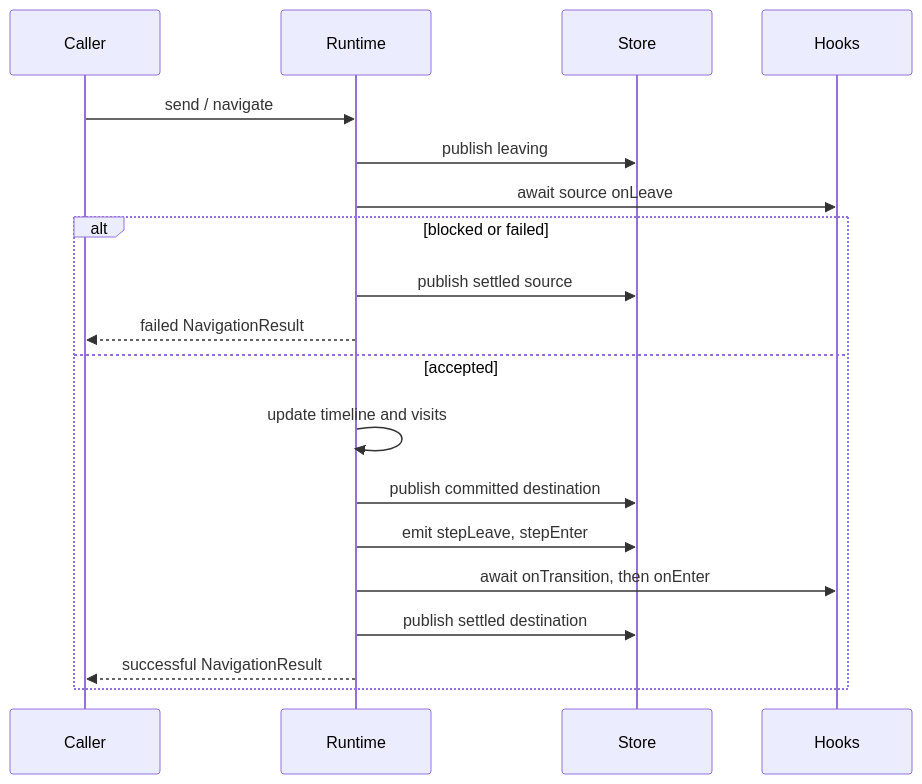
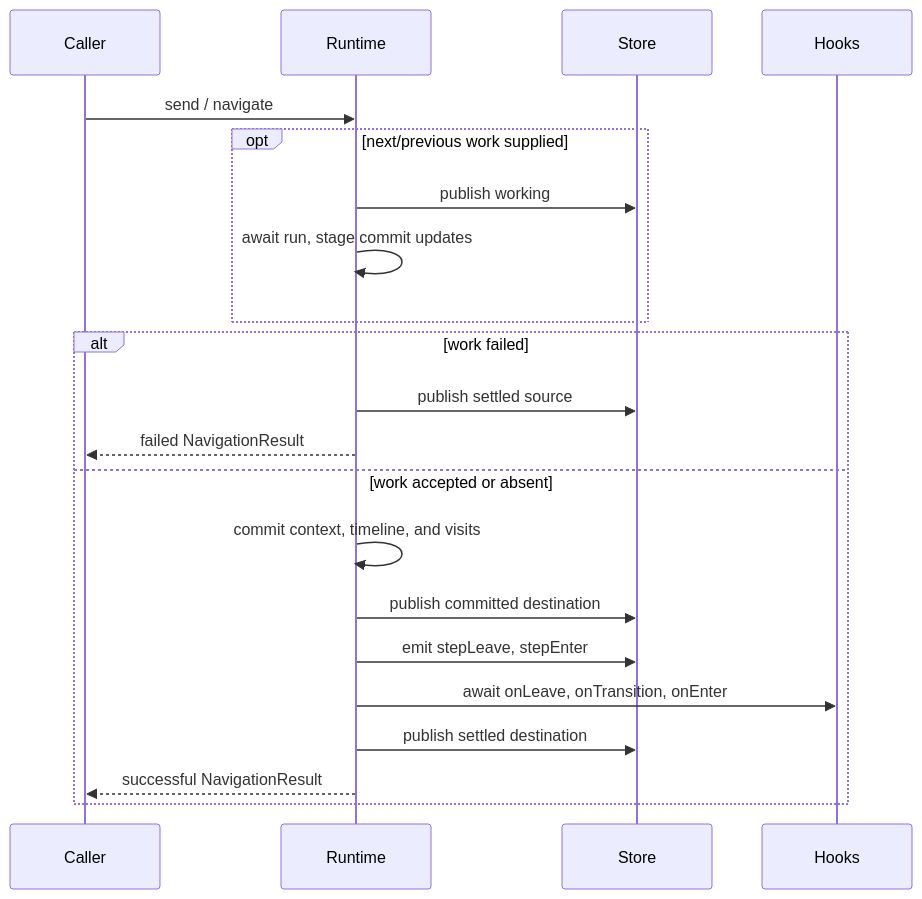
One commit to rxova/journey changed the second of 2 diagrams in apps/docs/src/content/docs/core/architecture.md. Above: the diagram before and after it, drawn with Mermaid. The commit also changed other lines of this file and 43 other files, not shown here.

````diff
--- a/apps/docs/src/content/docs/core/architecture.md
+++ b/apps/docs/src/content/docs/core/architecture.md
@@ -93,22 +93,24 @@
 ```mermaid
 sequenceDiagram
   participant Caller
   participant Runtime
   participant Store
   participant Hooks
 
   Caller->>Runtime: send / navigate
-  Runtime->>Store: publish leaving
-  Runtime->>Hooks: await source onLeave
-  alt blocked or failed
+  opt next/previous work supplied
+    Runtime->>Store: publish working
+    Runtime->>Runtime: await run, stage commit updates
+  end
+  alt work failed
     Runtime->>Store: publish settled source
     Runtime-->>Caller: failed NavigationResult
-  else accepted
-    Runtime->>Runtime: update timeline and visits
+  else work accepted or absent
+    Runtime->>Runtime: commit context, timeline, and visits
     Runtime->>Store: publish committed destination
     Runtime->>Store: emit stepLeave, stepEnter
-    Runtime->>Hooks: await onTransition, then onEnter
+    Runtime->>Hooks: await onLeave, onTransition, onEnter
     Runtime->>Store: publish settled destination
     Runtime-->>Caller: successful NavigationResult
   end
 ```
````
